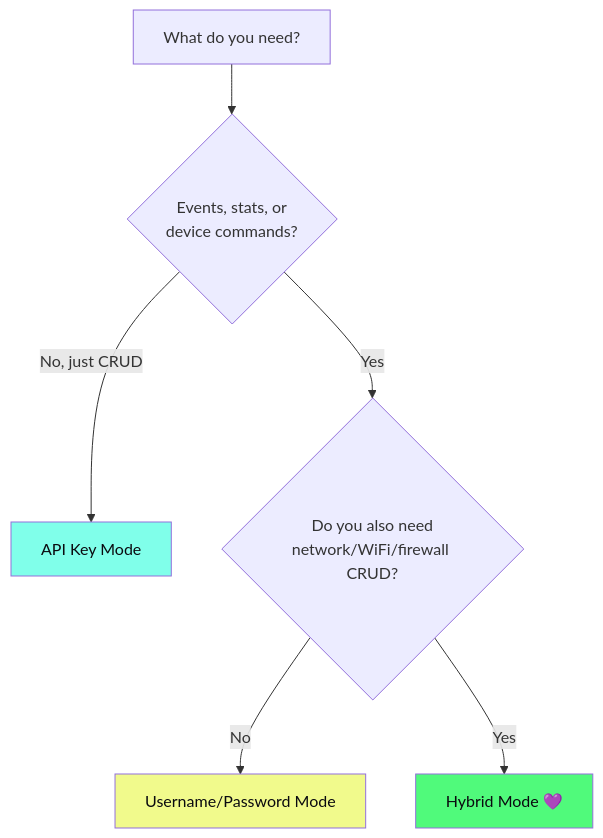
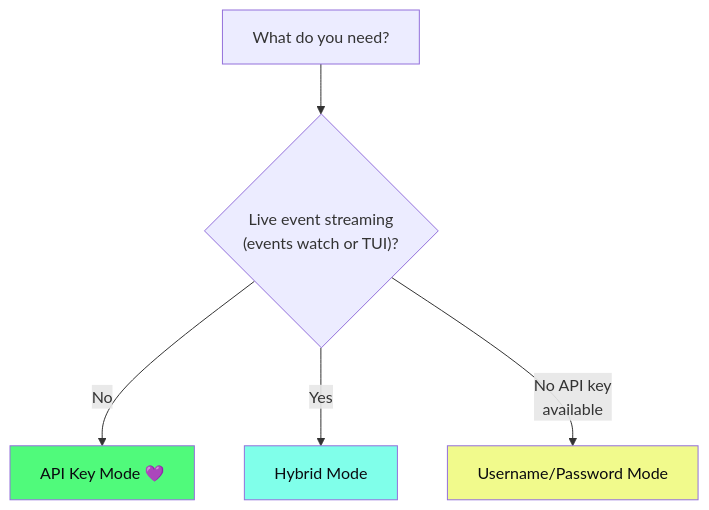
Before and after one commit to filipeforattini/unifly-tuiuiu: the first of 2 diagrams in docs/guide/authentication.md, drawn with Mermaid. The commit also changed other lines of this file and 80 other files, not shown here.

````diff
--- a/docs/guide/authentication.md
+++ b/docs/guide/authentication.md
@@ -7,12 +7,11 @@
 ```mermaid
 flowchart TD
-    START["What do you need?"] --> Q1{"Events, stats, or<br/>device commands?"}
-    Q1 -->|"No, just CRUD"| APIKEY["API Key Mode"]
-    Q1 -->|"Yes"| Q2{"Do you also need<br/>network/WiFi/firewall CRUD?"}
-    Q2 -->|"No"| LEGACY["Username/Password Mode"]
-    Q2 -->|"Yes"| HYBRID["Hybrid Mode 💜"]
+    START["What do you need?"] --> Q1{"Live event streaming<br/>(events watch or TUI)?"}
+    Q1 -->|"No"| APIKEY["API Key Mode 💜"]
+    Q1 -->|"Yes"| HYBRID["Hybrid Mode"]
+    Q1 -->|"No API key<br/>available"| SESSION["Username/Password Mode"]
 
-    style HYBRID fill:#50fa7b,color:#0a0a0f
-    style APIKEY fill:#80ffea,color:#0a0a0f
-    style LEGACY fill:#f1fa8c,color:#0a0a0f
+    style APIKEY fill:#50fa7b,color:#0a0a0f
+    style HYBRID fill:#80ffea,color:#0a0a0f
+    style SESSION fill:#f1fa8c,color:#0a0a0f
 ```
````
